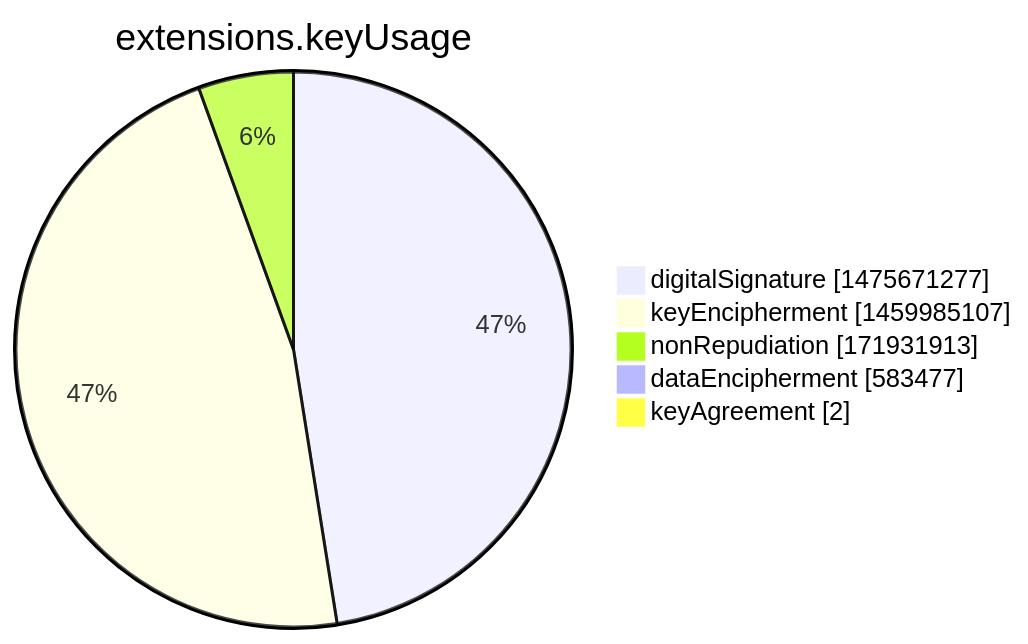
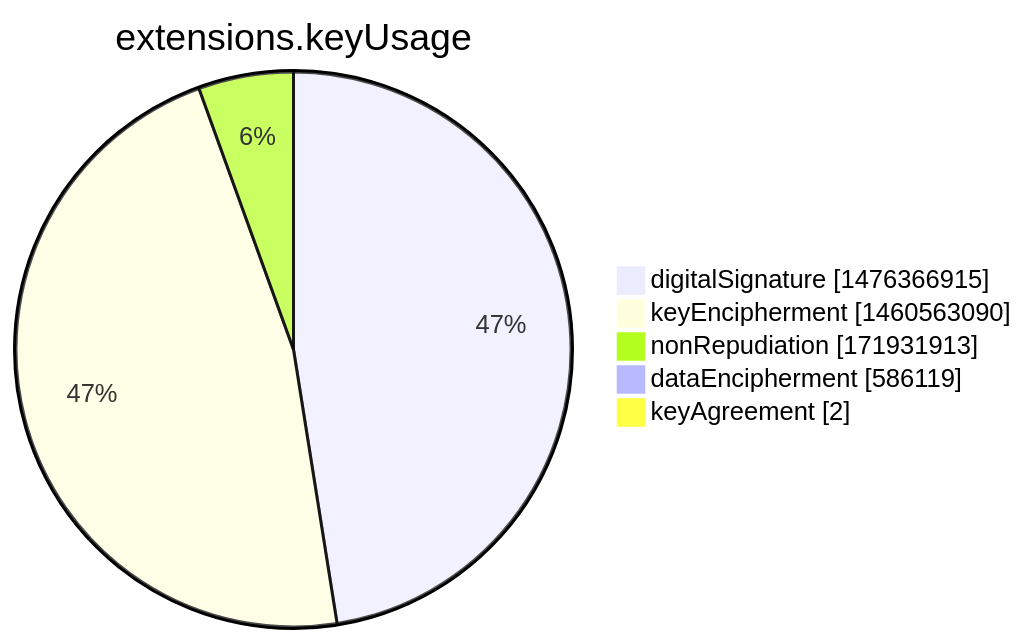
Before and after one commit to christiankrug/ctmonitor_visualization: the seventh of 15 diagrams in argon2022/README.md, drawn with Mermaid. The commit also changed other lines of this file, not shown here.

````diff
--- a/argon2022/README.md
+++ b/argon2022/README.md
@@ -2751,9 +2751,9 @@
 ```mermaid
 pie showData
 title extensions.keyUsage
-"digitalSignature" :1475671277
-"keyEncipherment" :1459985107
+"digitalSignature" :1476366915
+"keyEncipherment" :1460563090
 "nonRepudiation" :171931913
-"dataEncipherment" :583477
+"dataEncipherment" :586119
 "keyAgreement" :2
 ```
````
